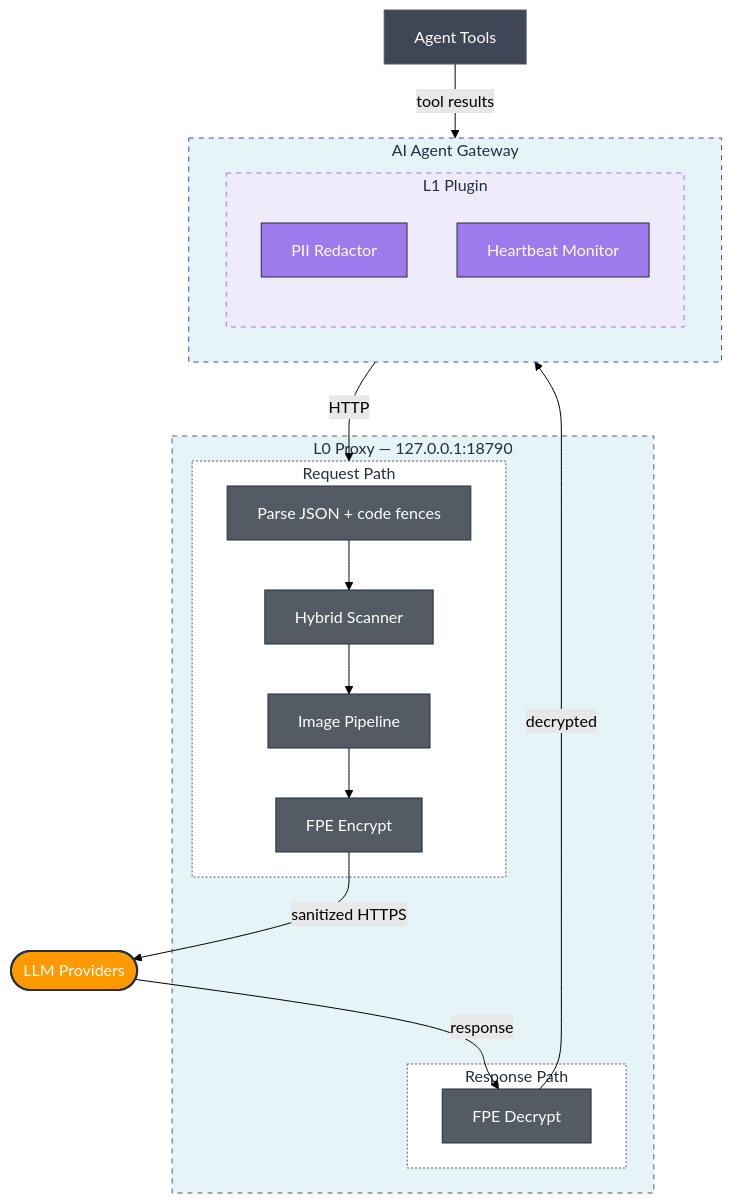
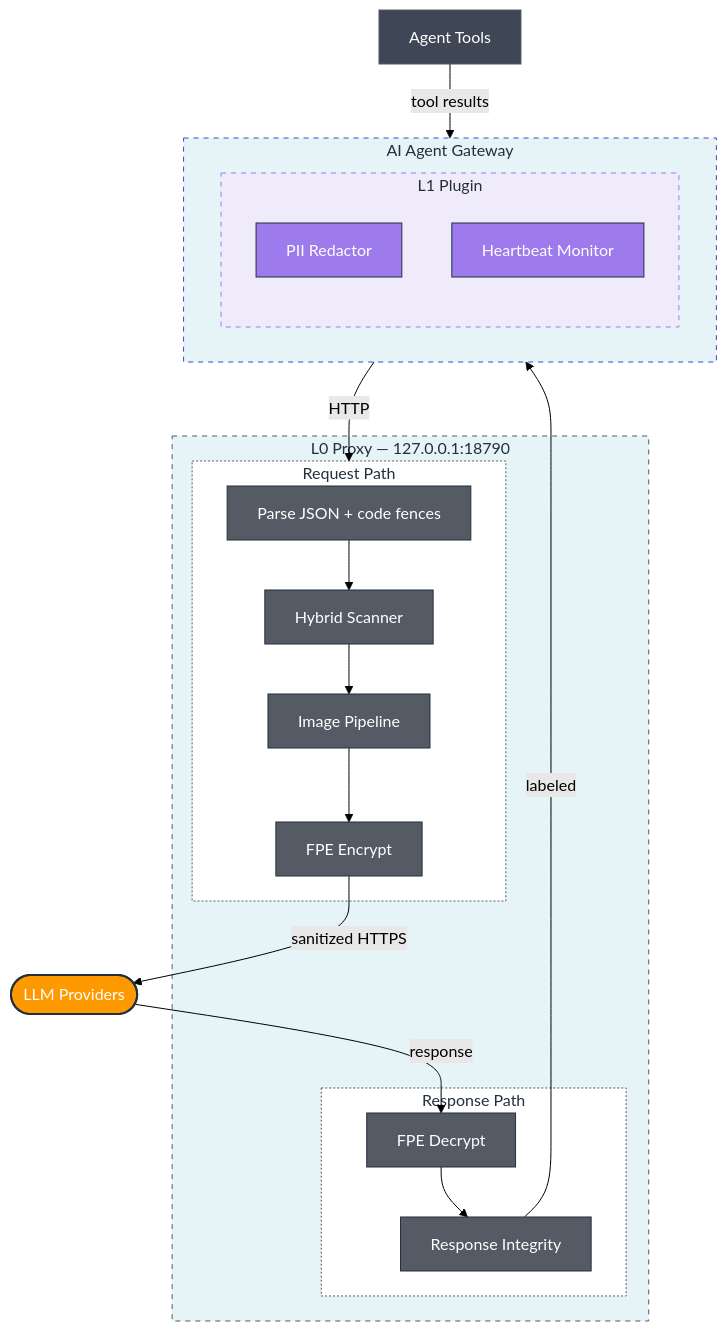
The fourth of 15 diagrams in ARCHITECTURE.md (OpenObscure/OpenObscure), drawn with Mermaid (forest theme) before and after one commit. The commit also changed other lines of this file and 18 other files, not shown here.

````diff
--- a/ARCHITECTURE.md
+++ b/ARCHITECTURE.md
@@ -133,45 +133,46 @@
 ```mermaid
 flowchart TB
     tools["Agent Tools"]
 
     subgraph gateway ["AI Agent Gateway"]
         subgraph l1box ["L1 Plugin"]
             redact["PII Redactor"]
             heartbeat["Heartbeat Monitor"]
         end
     end
 
     subgraph l0box ["L0 Proxy — 127.0.0.1:18790"]
         subgraph reqpath ["Request Path"]
             nested["Parse JSON + code fences"] --> hybrid["Hybrid Scanner"]
             hybrid --> imgpipe["Image Pipeline"]
             imgpipe --> ff1["FPE Encrypt"]
         end
         subgraph respath ["Response Path"]
-            decrypt["FPE Decrypt"]
+            decrypt["FPE Decrypt"] --> ri["Response Integrity"]
         end
     end
 
     llm(["LLM Providers"])
 
     tools -- "tool results" --> gateway
     gateway -- "HTTP" --> reqpath
     ff1 -- "sanitized HTTPS" --> llm
     llm -- "response" --> decrypt
-    decrypt -- "decrypted" --> gateway
+    ri -- "labeled" --> gateway
 
     style gateway fill:#e6f3f7,stroke:#3b48cc,stroke-dasharray: 5 5,color:#232F3E
     style l1box fill:#f0ebfa,stroke:#9D7BED,stroke-dasharray: 5 5,color:#232F3E
     style l0box fill:#e6f3f7,stroke:#545b64,stroke-dasharray: 5 5,color:#232F3E
     style reqpath fill:#fff,stroke:#545b64,stroke-dasharray: 2 2,color:#232F3E
     style respath fill:#fff,stroke:#545b64,stroke-dasharray: 2 2,color:#232F3E
     style llm fill:#ff9900,stroke:#232F3E,stroke-width:2px,color:#fff
     style tools fill:#3F4756,stroke:#545b64,color:#fff
     style redact fill:#9D7BED,stroke:#232F3E,color:#fff
     style heartbeat fill:#9D7BED,stroke:#232F3E,color:#fff
     style nested fill:#545b64,stroke:#232F3E,color:#fff
     style hybrid fill:#545b64,stroke:#232F3E,color:#fff
     style imgpipe fill:#545b64,stroke:#232F3E,color:#fff
     style ff1 fill:#545b64,stroke:#232F3E,color:#fff
     style decrypt fill:#545b64,stroke:#232F3E,color:#fff
+    style ri fill:#545b64,stroke:#232F3E,color:#fff
 ```
````
